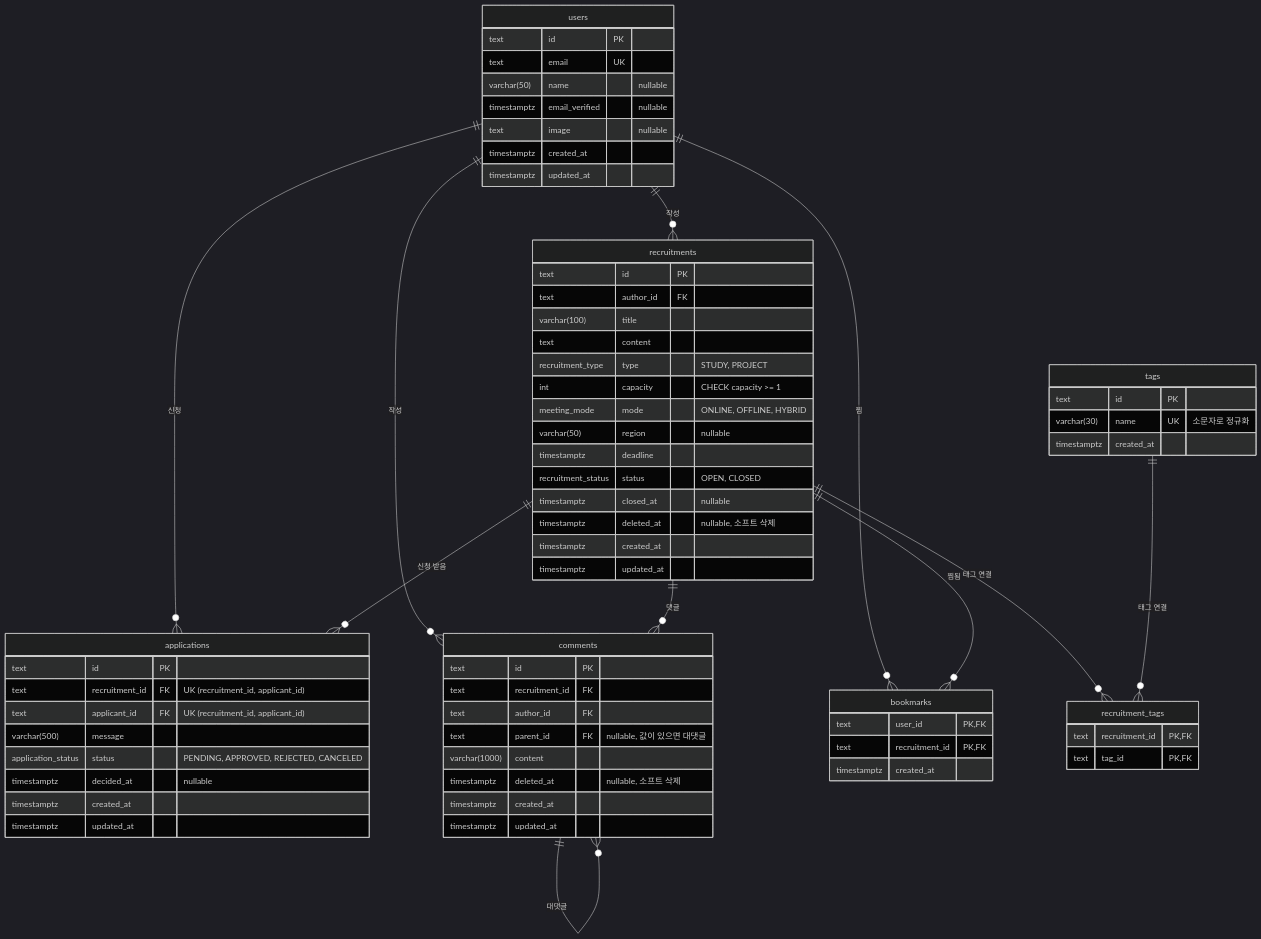
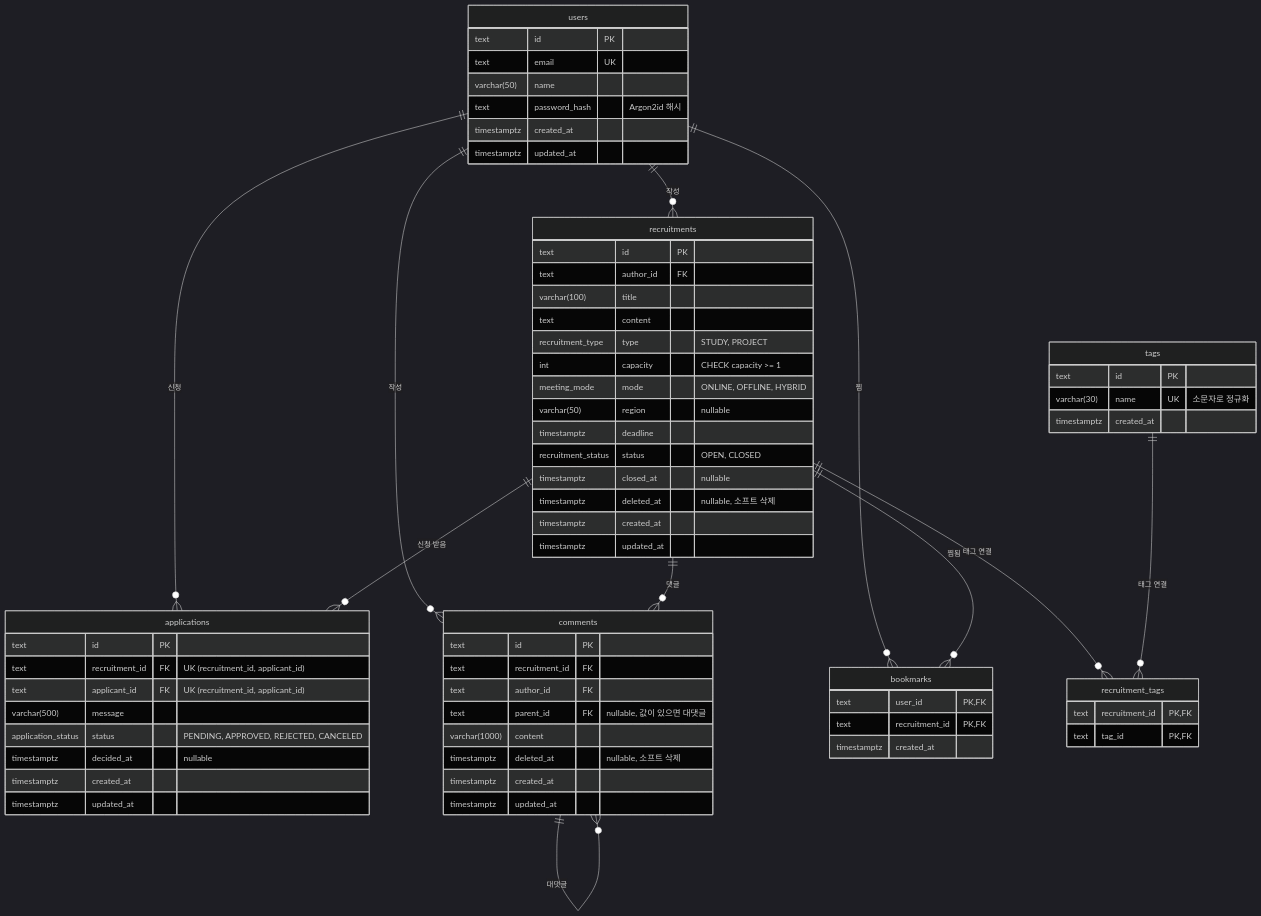
The diagram in docs/erd.md (krkoknj/study-project), drawn with Mermaid (dark theme) before and after one commit. The commit also changed other lines of this file and 31 other files, not shown here.

````diff
--- a/docs/erd.md
+++ b/docs/erd.md
@@ -6,79 +6,78 @@
 ```mermaid
 erDiagram
     users ||--o{ recruitments : "작성"
     users ||--o{ applications : "신청"
     users ||--o{ comments : "작성"
     users ||--o{ bookmarks : "찜"
     recruitments ||--o{ applications : "신청 받음"
     recruitments ||--o{ comments : "댓글"
     recruitments ||--o{ bookmarks : "찜됨"
     recruitments ||--o{ recruitment_tags : "태그 연결"
     tags ||--o{ recruitment_tags : "태그 연결"
     comments ||--o{ comments : "대댓글"
 
     users {
         text id PK
         text email UK
-        varchar(50) name "nullable"
-        timestamptz email_verified "nullable"
-        text image "nullable"
+        varchar(50) name
+        text password_hash "Argon2id 해시"
         timestamptz created_at
         timestamptz updated_at
     }
 
     recruitments {
         text id PK
         text author_id FK
         varchar(100) title
         text content
         recruitment_type type "STUDY, PROJECT"
         int capacity "CHECK capacity >= 1"
         meeting_mode mode "ONLINE, OFFLINE, HYBRID"
         varchar(50) region "nullable"
         timestamptz deadline
         recruitment_status status "OPEN, CLOSED"
         timestamptz closed_at "nullable"
         timestamptz deleted_at "nullable, 소프트 삭제"
         timestamptz created_at
         timestamptz updated_at
     }
 
     tags {
         text id PK
         varchar(30) name UK "소문자로 정규화"
         timestamptz created_at
     }
 
     recruitment_tags {
         text recruitment_id PK, FK
         text tag_id PK, FK
     }
 
     applications {
         text id PK
         text recruitment_id FK "UK (recruitment_id, applicant_id)"
         text applicant_id FK "UK (recruitment_id, applicant_id)"
         varchar(500) message
         application_status status "PENDING, APPROVED, REJECTED, CANCELED"
         timestamptz decided_at "nullable"
         timestamptz created_at
         timestamptz updated_at
     }
 
     comments {
         text id PK
         text recruitment_id FK
         text author_id FK
         text parent_id FK "nullable, 값이 있으면 대댓글"
         varchar(1000) content
         timestamptz deleted_at "nullable, 소프트 삭제"
         timestamptz created_at
         timestamptz updated_at
     }
 
     bookmarks {
         text user_id PK, FK
         text recruitment_id PK, FK
         timestamptz created_at
     }
 ```
````
